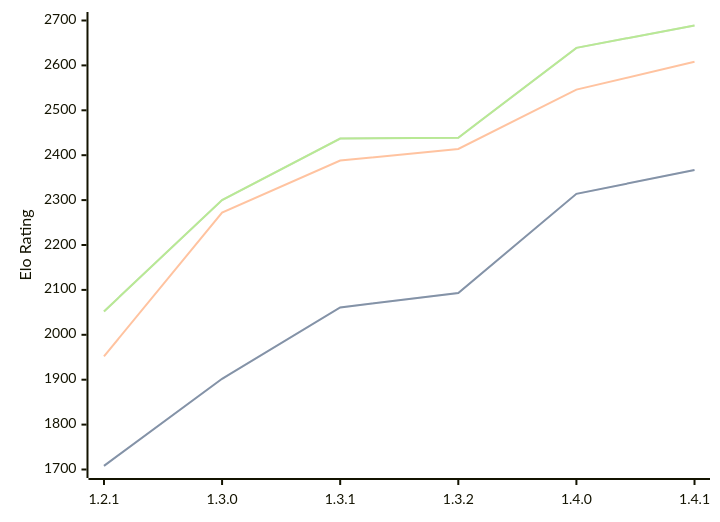
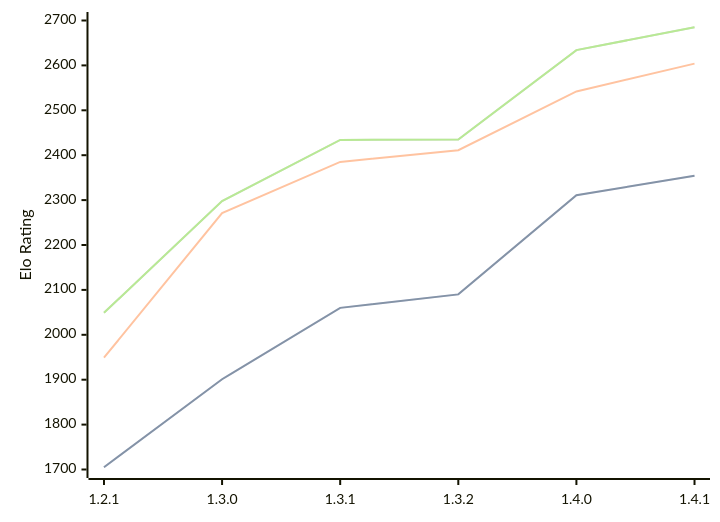
Before and after one commit to computer-chess-index/cci: the diagram in engines/Chal.md, drawn with Mermaid. The commit also changed other lines of this file, not shown here.

Commit message:
Update CCI Ratings (ELO VLTC) - 2026-05-18

````diff
--- a/engines/Chal.md
+++ b/engines/Chal.md
@@ -39,11 +39,11 @@
 ```mermaid
 %%{init: {"theme":"base","themeVariables":{"seriesColors:['#a3a3a3','#222221','#faa371']}}}%%
 xychart-beta
   x-axis ["1.2.1", "1.3.0", "1.3.1", "1.3.2", "1.4.0", "1.4.1"]
   y-axis "Elo Rating" 1700 --> 2700
-  line "STC (8.0+0.08s)" [1708, 1902, 2061, 2093, 2314, 2367]
-  line "STC (8.0+0.08s)" [1708, 1902, 2061, 2093, 2314, 2367]
-  line "LTC (60.0+0.60s)" [1952, 2272, 2388, 2414, 2546, 2608]
-  line "VLTC (2m24s+1.12s)" [2052, 2300, 2437, 2439, 2639, 2689]
-  line "VLTC (2m24s+1.12s)" [2052, 2300, 2437, 2439, 2639, 2689]
+  line "STC (8.0+0.08s)" [1705, 1901, 2060, 2090, 2311, 2354]
+  line "STC (8.0+0.08s)" [1705, 1901, 2060, 2090, 2311, 2354]
+  line "LTC (60.0+0.60s)" [1949, 2271, 2385, 2411, 2542, 2604]
+  line "VLTC (2m24s+1.12s)" [2049, 2298, 2434, 2435, 2634, 2685]
+  line "VLTC (2m24s+1.12s)" [2049, 2298, 2434, 2435, 2634, 2685]
 ```
````
